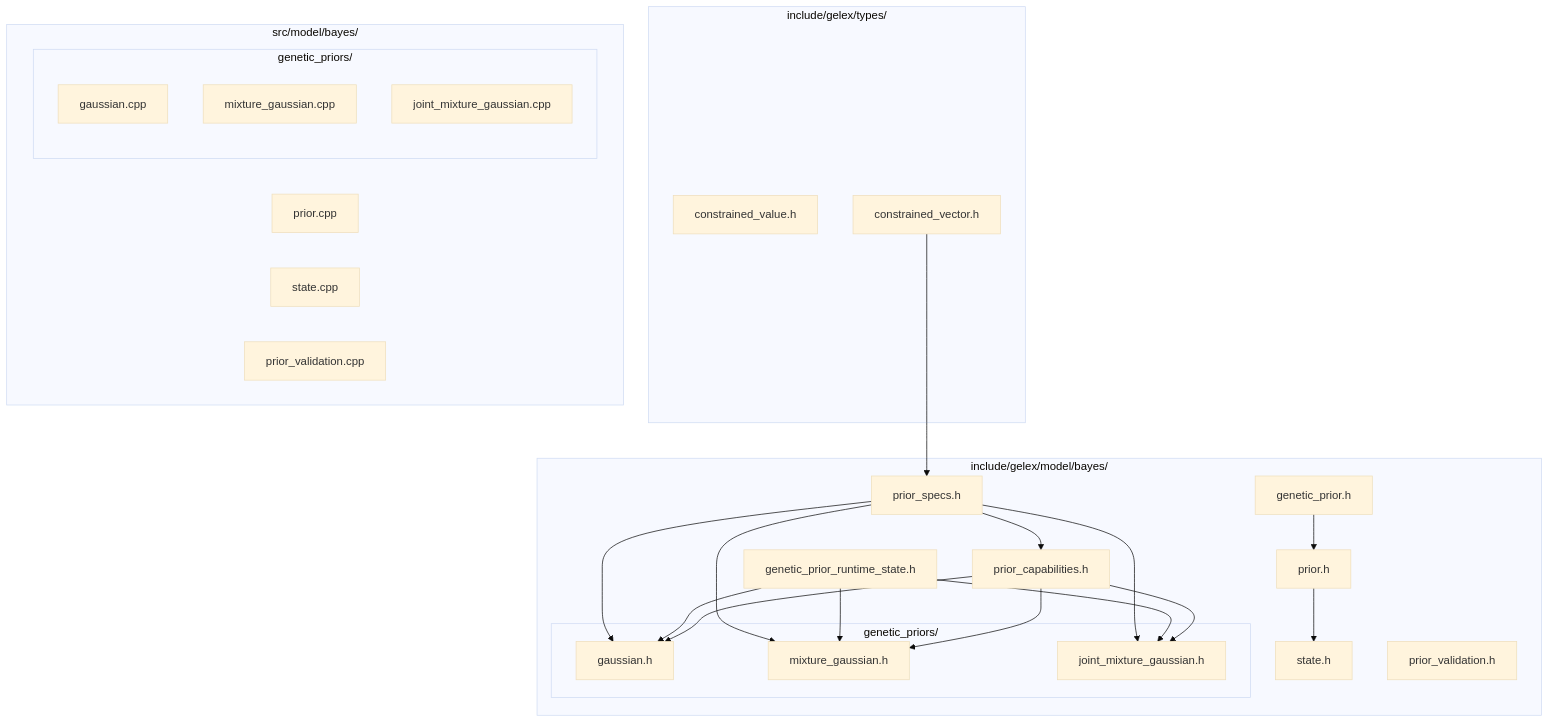
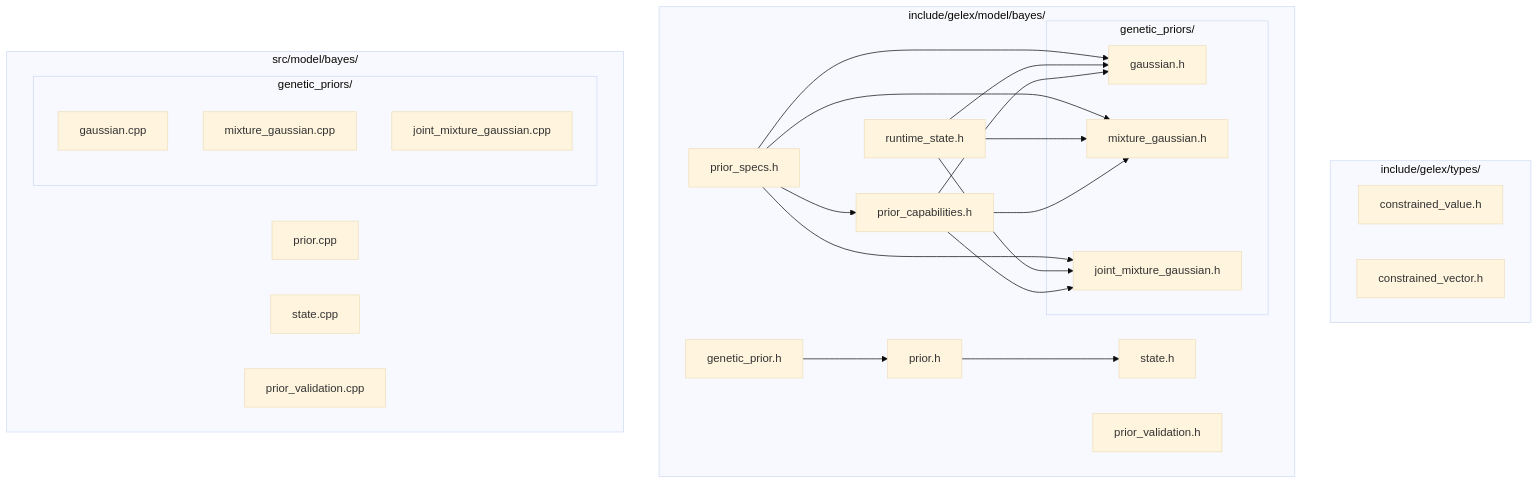
Before and after one commit to r1cheu/gelex: the second of 5 diagrams in docs/architecture/02-bayes-prior-design.md, drawn with Mermaid (base theme). The commit also changed other lines of this file and 7 other files, not shown here.

````diff
--- a/docs/architecture/02-bayes-prior-design.md
+++ b/docs/architecture/02-bayes-prior-design.md
@@ -53,45 +53,44 @@
 ```mermaid
 flowchart TD
     subgraph Types["include/gelex/types/"]
         T1[constrained_value.h]
         T2[constrained_vector.h]
     end
     subgraph Public["include/gelex/model/bayes/"]
         P1[prior_specs.h]
         P2[genetic_prior.h]
-        P3[genetic_prior_runtime_state.h]
+        P3[runtime_state.h]
         P4[prior_capabilities.h]
         P5[prior.h]
         P6[state.h]
         P7[prior_validation.h]
         subgraph GP["genetic_priors/"]
             G1[gaussian.h]
             G2[mixture_gaussian.h]
             G3[joint_mixture_gaussian.h]
         end
     end
     subgraph Impl["src/model/bayes/"]
         I1[prior.cpp]
         I2[state.cpp]
         I3[prior_validation.cpp]
         subgraph GPI["genetic_priors/"]
             J1[gaussian.cpp]
             J2[mixture_gaussian.cpp]
             J3[joint_mixture_gaussian.cpp]
         end
     end
 
-    T2 --> P1
     P1 --> P4
     P1 --> G1
     P1 --> G2
     P1 --> G3
     P2 --> P5
     P3 --> G1
     P3 --> G2
     P3 --> G3
     P4 --> G1
     P4 --> G2
     P4 --> G3
     P5 --> P6
 ```
````
